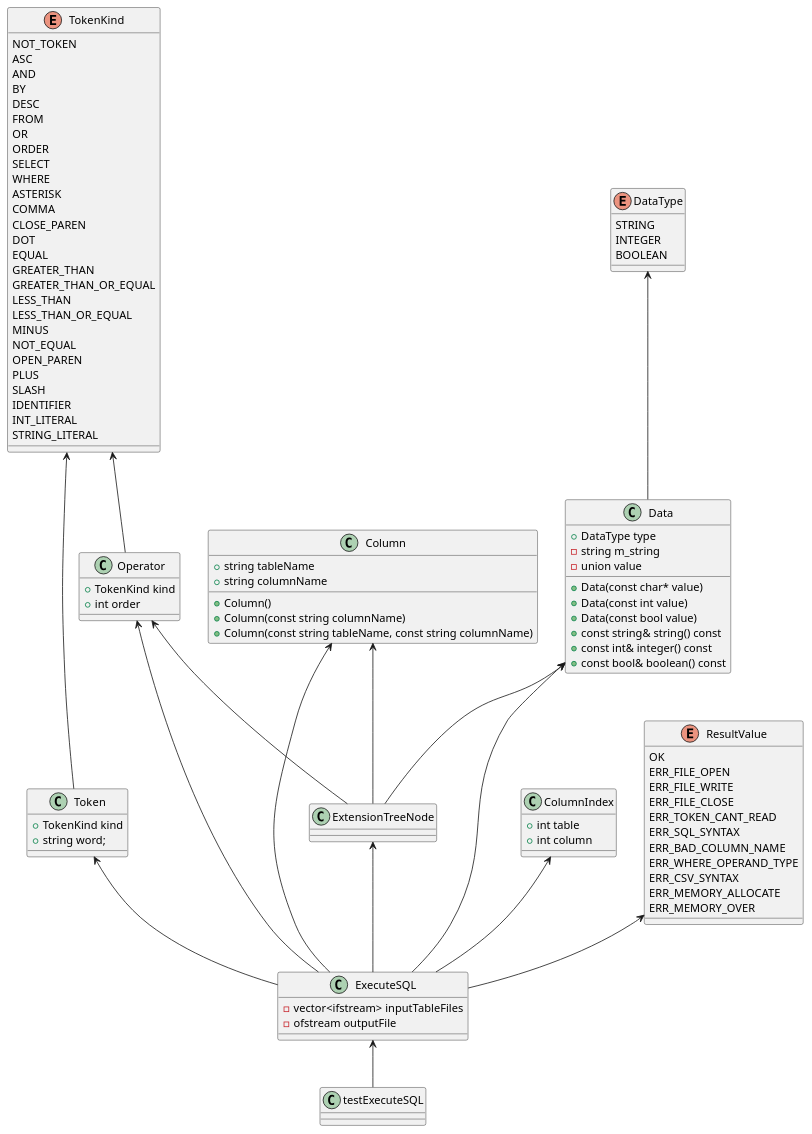
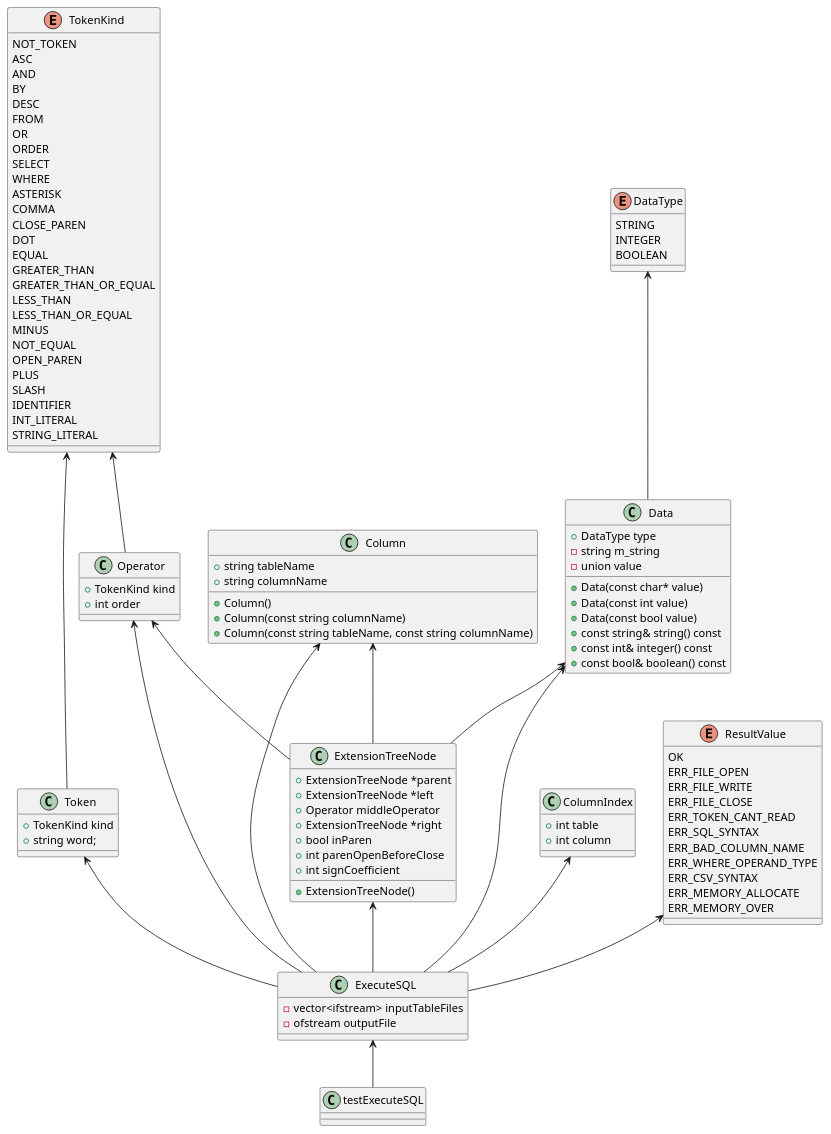
The diagram in ExecuteSQL.pu (yotten/TinySQL), drawn with PlantUML before and after one commit.

Commit message:
086.事前準備

```diff
--- a/ExecuteSQL.pu
+++ b/ExecuteSQL.pu
@@ -1,101 +1,110 @@
 @startuml
 
 class testExecuteSQL {}
 class ExecuteSQL {
 	-vector<ifstream> inputTableFiles
 	-ofstream outputFile
 }	
 class Data {
     +DataType type
 	-string m_string
 	-union value
 	+Data(const char* value)
 	+Data(const int value)
 	+Data(const bool value)
 	+const string& string() const
 	+const int& integer() const
 	+const bool& boolean() const
 }
 class Operator{
     +TokenKind kind
     +int order
 }
 class Token{
     +TokenKind kind
     +string word;
 }
-class ExtensionTreeNode{}
+class ExtensionTreeNode{
+	+ExtensionTreeNode *parent
+	+ExtensionTreeNode *left
+	+Operator middleOperator
+	+ExtensionTreeNode *right
+	+bool inParen
+	+int parenOpenBeforeClose
+	+int signCoefficient
+	+ExtensionTreeNode()
+}
 class ColumnIndex{
     +int table
     +int column
 }
 class Column{
     +string tableName
     +string columnName
     +Column()
     +Column(const string columnName)
     +Column(const string tableName, const string columnName)
 }
 enum DataType{
    	STRING
 	INTEGER
 	BOOLEAN
 }
 enum TokenKind{
     NOT_TOKEN
 	ASC
 	AND
 	BY
 	DESC
 	FROM
 	OR
 	ORDER
 	SELECT
 	WHERE
 	ASTERISK
 	COMMA
 	CLOSE_PAREN
 	DOT
 	EQUAL
 	GREATER_THAN
 	GREATER_THAN_OR_EQUAL
 	LESS_THAN
 	LESS_THAN_OR_EQUAL
 	MINUS
 	NOT_EQUAL
 	OPEN_PAREN
 	PLUS
 	SLASH
 	IDENTIFIER
 	INT_LITERAL
 	STRING_LITERAL
 }
 enum ResultValue{
     OK
 	ERR_FILE_OPEN
 	ERR_FILE_WRITE
 	ERR_FILE_CLOSE
 	ERR_TOKEN_CANT_READ
 	ERR_SQL_SYNTAX
 	ERR_BAD_COLUMN_NAME
 	ERR_WHERE_OPERAND_TYPE
 	ERR_CSV_SYNTAX
 	ERR_MEMORY_ALLOCATE
 	ERR_MEMORY_OVER
 }
 
 ExecuteSQL <-- testExecuteSQL
 Data <-- ExecuteSQL
 Operator <-- ExecuteSQL
 Token <-- ExecuteSQL
 ExtensionTreeNode <-- ExecuteSQL
 ColumnIndex <-- ExecuteSQL
 Column <-- ExecuteSQL
 ResultValue <-- ExecuteSQL
 DataType <-- Data
 TokenKind <-- Token
 TokenKind <-- Operator
 Operator <-- ExtensionTreeNode
 Column <-- ExtensionTreeNode
 Data <-- ExtensionTreeNode
 @enduml
```
